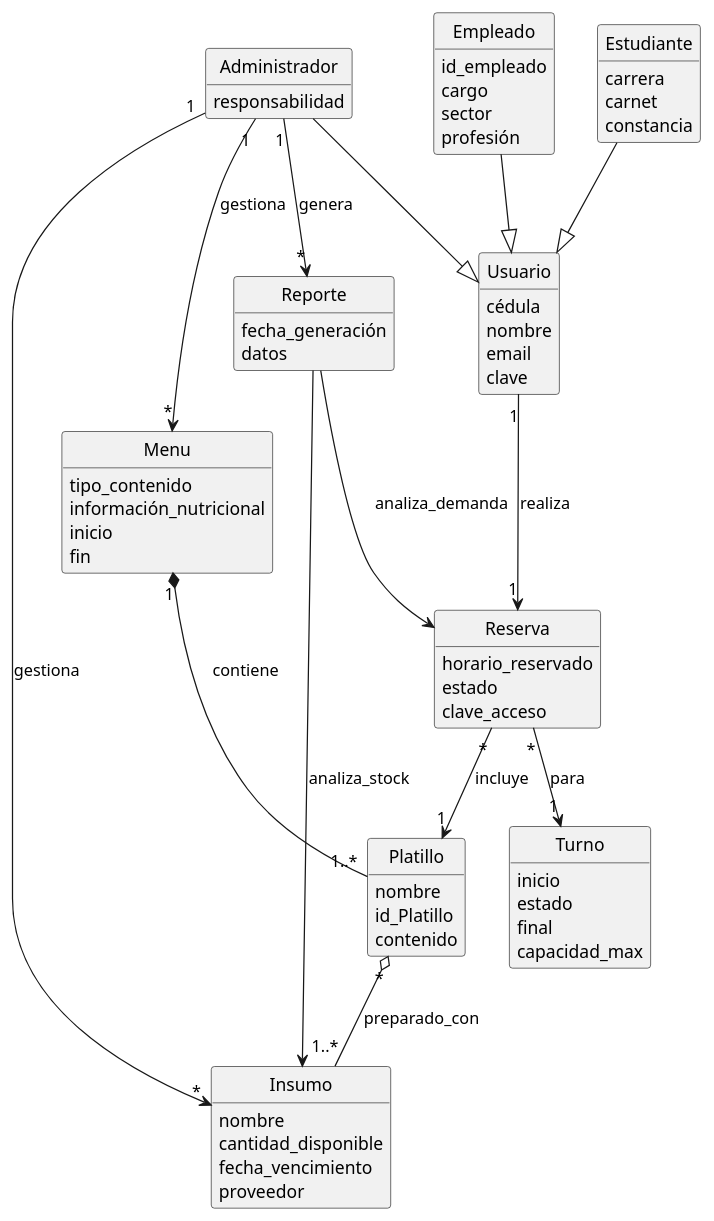
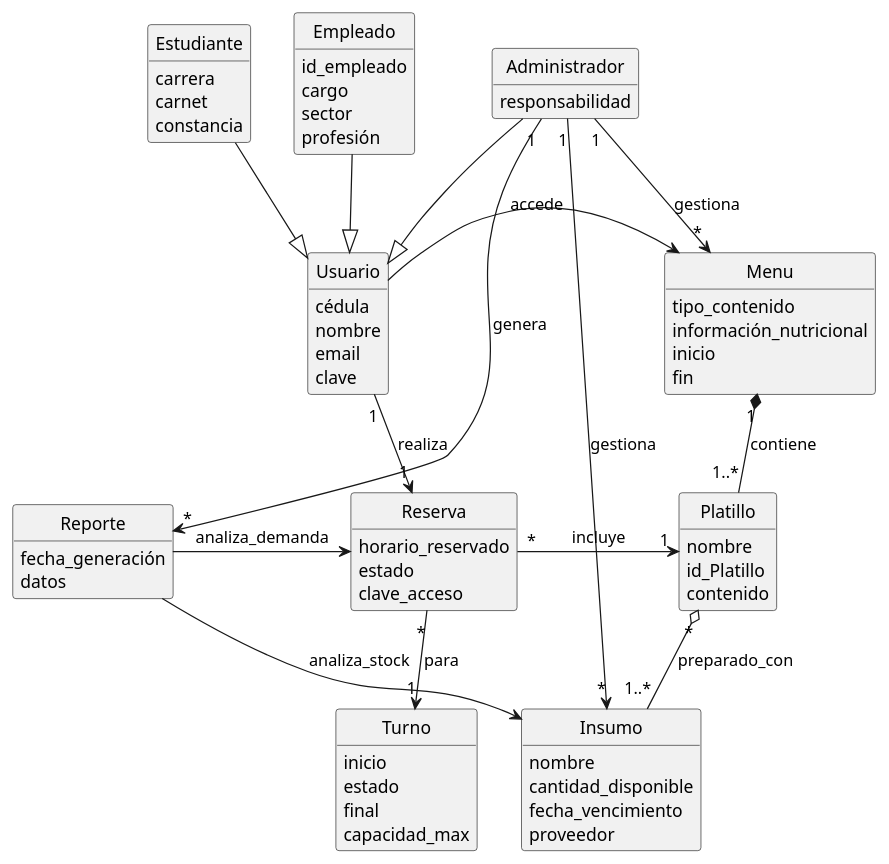
One commit to ARUSG178/proyecto-comedor-2-2025-grupo-12 changed the diagram in docs/diagramas/modelo_dominio.puml. Above: the diagram before and after it, drawn with PlantUML. The commit also changed 11 other files, not shown here.

```diff
--- a/docs/diagramas/modelo_dominio.puml
+++ b/docs/diagramas/modelo_dominio.puml
@@ -1,117 +1,120 @@
 @startuml Modelo_Dominio_Final
 
     '-- ACOMODAR Y LIMPIAR EL MODELO --
     
     hide circle
     hide methods
 
     '-- CLASES -> PERSONAS --
 
     'Clase Padre Principal
     class Usuario {
         cédula
         nombre
         email
         clave
     }
 
     'Diferentes tipos de Usuarios
     Class Estudiante {
         carrera
         carnet
         constancia
     }
 
     Class Empleado {
         id_empleado
         cargo
         sector
         profesión
     }
 
     Class Administrador {
         responsabilidad
     }
 
     '-- CLASES -> COMEDOR
 
     ' Menu que rota semanalmente
     class Menu {
         'Tipo de contenido clasifica: Desayuno, almuerzo, cena
         tipo_contenido
         información_nutricional
         inicio
         fin
     }
 
     ' Insumo que llega para preparar los platillos
     class Insumo {
         nombre
         cantidad_disponible
         fecha_vencimiento
         proveedor
     }
 
     ' Comida hecha de los insumos la cual se mostrará como opción en el menú
     class Platillo {
         nombre
         id_Platillo
         contenido
     }
 
     ' Turno en los cuales las comidas cambian y abren nuevas capacidades para personas
     class Turno {
         inicio
         'Disponibilidad o no
         estado
         final
         capacidad_max
     }
 
     ' Reporte que el Administrador realiza en donde figura consumo diario, reportes de demanda y planificación
     class Reporte {
         fecha_generación
         datos
     }
 
     ' Reserva que realiza un Usuario durante un Turno
     class Reserva {
         horario_reservado
         'El estado refiere si está vigente, cancelada o ya ha sido canjeada
         estado
         'Código que verifica que el usuario fue quien obtuvo el platillo
         clave_acceso
     }
 
     ' --- RELACIONES ---
 
     ' Herencia
     Estudiante --|> Usuario
     Empleado --|> Usuario
     Administrador --|> Usuario
 
     ' El Administrador gestiona menús semanales, insumos y genera reportes 
     Administrador "1" --> "*" Menu : gestiona
     Administrador "1" --> "*" Insumo : gestiona
     Administrador "1" --> "*" Reporte : genera
 
     ' Un menú se compone de varios platillos disponibles para esa semana 
     Menu "1" *-- "1..*" Platillo : contiene
     
     ' Un platillo requiere insumos para prepararse
     Platillo "*" o-- "1..*" Insumo : preparado_con
 
     ' El usuario hace la reserva, una por persona
     Usuario "1" --> "1" Reserva : realiza
 
     ' Una reserva corresponde a un Turno específico, controla el acceso 
     Reserva "*" --> "1" Turno : para
 
     ' Una reserva suele ser por un platillo
-    Reserva "*" --> "1" Platillo : incluye
+    Reserva "*" -> "1" Platillo : incluye
 
     ' El reporte se basa en los datos de las reservas/consumos y el inventario 
-    Reporte --> Reserva : analiza_demanda
-    Reporte --> Insumo : analiza_stock
+    Reporte -> Reserva : analiza_demanda
+    Reporte -> Insumo : analiza_stock
+
+    ' Correción, el Usuario debe acceder al menú
+    Usuario -> Menu : accede
 
 @enduml
```
